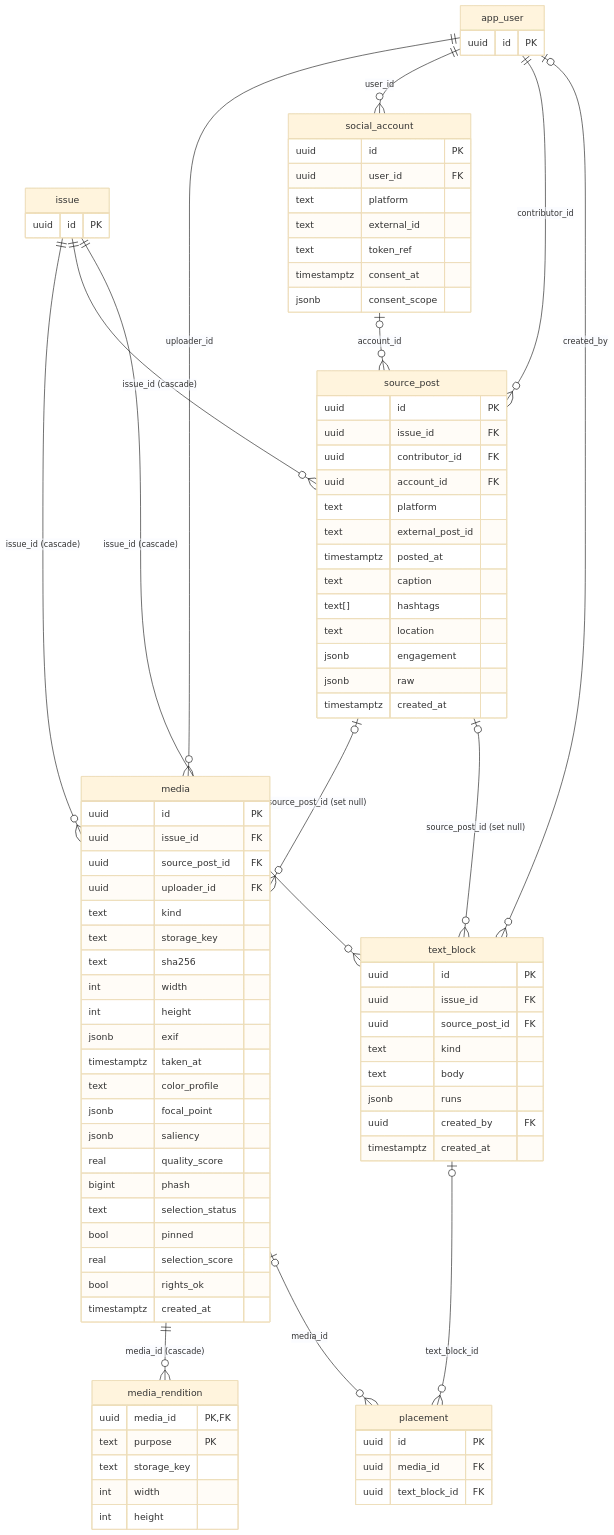
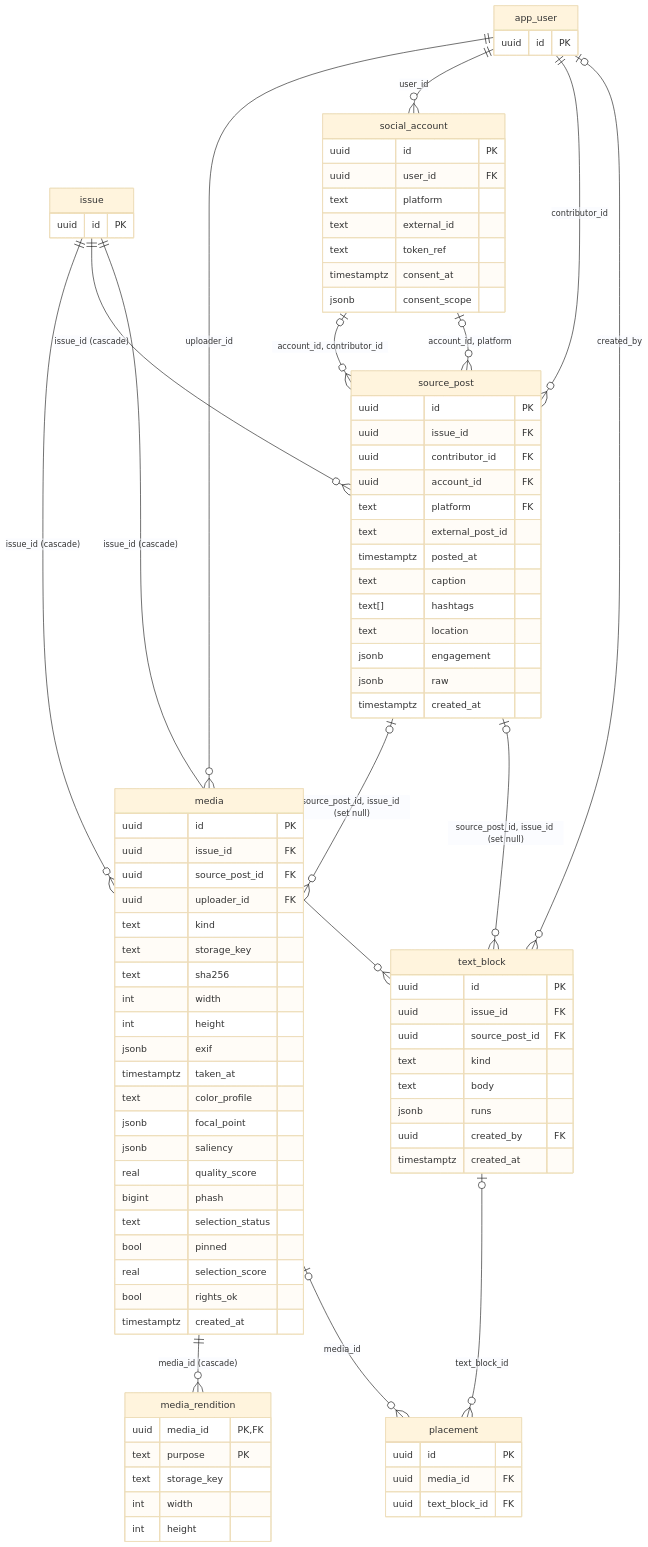
The seventh of 10 diagrams in docs/erd.md (js1211-code/bogomagazine), drawn with Mermaid (base theme) before and after one commit. The commit also changed other lines of this file and 18 other files, not shown here.

````diff
--- a/docs/erd.md
+++ b/docs/erd.md
@@ -428,18 +429,19 @@
 ```mermaid
 erDiagram
     "issue" ||--o{ "media" : "issue_id (cascade)"
-    "source_post" |o--o{ "media" : "source_post_id (set null)"
+    "source_post" |o--o{ "media" : "source_post_id, issue_id (set null)"
     "app_user" ||--o{ "media" : "uploader_id"
     "media" ||--o{ "media_rendition" : "media_id (cascade)"
     "media" |o--o{ "placement" : "media_id"
     "text_block" |o--o{ "placement" : "text_block_id"
     "app_user" ||--o{ "social_account" : "user_id"
-    "social_account" |o--o{ "source_post" : "account_id"
+    "social_account" |o--o{ "source_post" : "account_id, contributor_id"
+    "social_account" |o--o{ "source_post" : "account_id, platform"
     "app_user" ||--o{ "source_post" : "contributor_id"
     "issue" ||--o{ "source_post" : "issue_id (cascade)"
     "app_user" |o--o{ "text_block" : "created_by"
     "issue" ||--o{ "text_block" : "issue_id (cascade)"
-    "source_post" |o--o{ "text_block" : "source_post_id (set null)"
+    "source_post" |o--o{ "text_block" : "source_post_id, issue_id (set null)"
     "media" {
         uuid id PK
         uuid issue_id FK
@@ -484,7 +486,7 @@
         uuid issue_id FK
         uuid contributor_id FK
         uuid account_id FK
-        text platform
+        text platform FK
         text external_post_id
         timestamptz posted_at
         text caption
````
